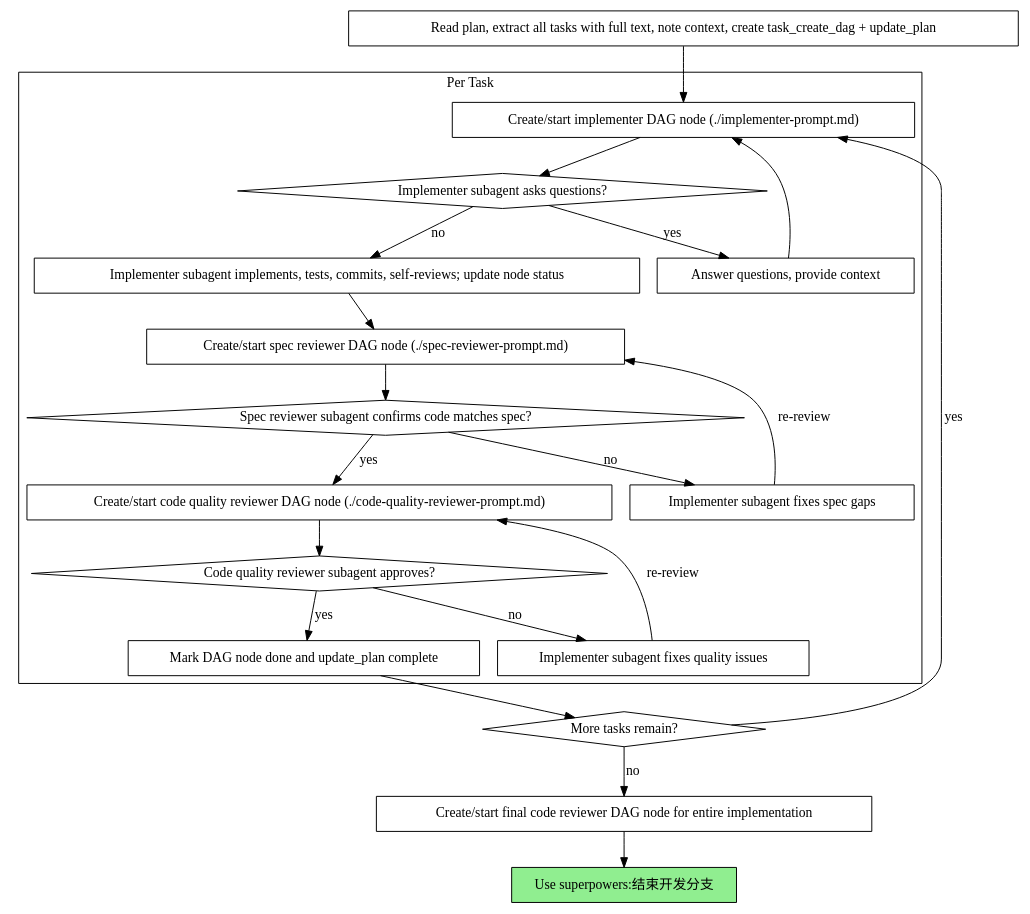
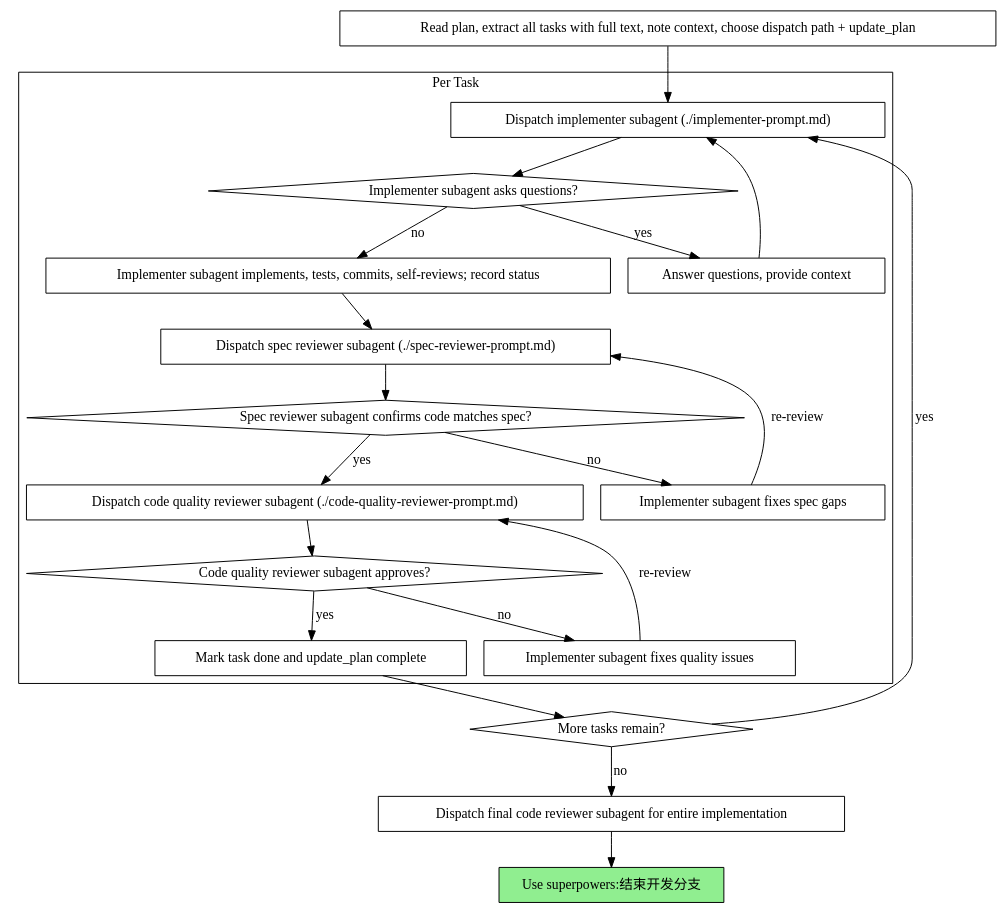
Before and after one commit to lihah111222333-cloud/Super-Dolphin-Agent-Cockpit: the second of 2 diagrams in .agent/skills/子代理驱动开发/SKILL.md, drawn with Graphviz. The commit also changed other lines of this file and 53 other files, not shown here.

````diff
--- a/.agent/skills/子代理驱动开发/SKILL.md
+++ b/.agent/skills/子代理驱动开发/SKILL.md
@@ -45,44 +45,44 @@
 ```dot
 digraph process {
     rankdir=TB;
 
     subgraph cluster_per_task {
         label="Per Task";
-        "Create/start implementer DAG node (./implementer-prompt.md)" [shape=box];
+        "Dispatch implementer subagent (./implementer-prompt.md)" [shape=box];
         "Implementer subagent asks questions?" [shape=diamond];
         "Answer questions, provide context" [shape=box];
-        "Implementer subagent implements, tests, commits, self-reviews; update node status" [shape=box];
-        "Create/start spec reviewer DAG node (./spec-reviewer-prompt.md)" [shape=box];
+        "Implementer subagent implements, tests, commits, self-reviews; record status" [shape=box];
+        "Dispatch spec reviewer subagent (./spec-reviewer-prompt.md)" [shape=box];
         "Spec reviewer subagent confirms code matches spec?" [shape=diamond];
         "Implementer subagent fixes spec gaps" [shape=box];
-        "Create/start code quality reviewer DAG node (./code-quality-reviewer-prompt.md)" [shape=box];
+        "Dispatch code quality reviewer subagent (./code-quality-reviewer-prompt.md)" [shape=box];
         "Code quality reviewer subagent approves?" [shape=diamond];
         "Implementer subagent fixes quality issues" [shape=box];
-        "Mark DAG node done and update_plan complete" [shape=box];
+        "Mark task done and update_plan complete" [shape=box];
     }
 
-    "Read plan, extract all tasks with full text, note context, create task_create_dag + update_plan" [shape=box];
+    "Read plan, extract all tasks with full text, note context, choose dispatch path + update_plan" [shape=box];
     "More tasks remain?" [shape=diamond];
-    "Create/start final code reviewer DAG node for entire implementation" [shape=box];
+    "Dispatch final code reviewer subagent for entire implementation" [shape=box];
     "Use superpowers:结束开发分支" [shape=box style=filled fillcolor=lightgreen];
 
-    "Read plan, extract all tasks with full text, note context, create task_create_dag + update_plan" -> "Create/start implementer DAG node (./implementer-prompt.md)";
-    "Create/start implementer DAG node (./implementer-prompt.md)" -> "Implementer subagent asks questions?";
+    "Read plan, extract all tasks with full text, note context, choose dispatch path + update_plan" -> "Dispatch implementer subagent (./implementer-prompt.md)";
+    "Dispatch implementer subagent (./implementer-prompt.md)" -> "Implementer subagent asks questions?";
     "Implementer subagent asks questions?" -> "Answer questions, provide context" [label="yes"];
-    "Answer questions, provide context" -> "Create/start implementer DAG node (./implementer-prompt.md)";
-    "Implementer subagent asks questions?" -> "Implementer subagent implements, tests, commits, self-reviews; update node status" [label="no"];
-    "Implementer subagent implements, tests, commits, self-reviews; update node status" -> "Create/start spec reviewer DAG node (./spec-reviewer-prompt.md)";
-    "Create/start spec reviewer DAG node (./spec-reviewer-prompt.md)" -> "Spec reviewer subagent confirms code matches spec?";
+    "Answer questions, provide context" -> "Dispatch implementer subagent (./implementer-prompt.md)";
+    "Implementer subagent asks questions?" -> "Implementer subagent implements, tests, commits, self-reviews; record status" [label="no"];
+    "Implementer subagent implements, tests, commits, self-reviews; record status" -> "Dispatch spec reviewer subagent (./spec-reviewer-prompt.md)";
+    "Dispatch spec reviewer subagent (./spec-reviewer-prompt.md)" -> "Spec reviewer subagent confirms code matches spec?";
     "Spec reviewer subagent confirms code matches spec?" -> "Implementer subagent fixes spec gaps" [label="no"];
-    "Implementer subagent fixes spec gaps" -> "Create/start spec reviewer DAG node (./spec-reviewer-prompt.md)" [label="re-review"];
-    "Spec reviewer subagent confirms code matches spec?" -> "Create/start code quality reviewer DAG node (./code-quality-reviewer-prompt.md)" [label="yes"];
-    "Create/start code quality reviewer DAG node (./code-quality-reviewer-prompt.md)" -> "Code quality reviewer subagent approves?";
+    "Implementer subagent fixes spec gaps" -> "Dispatch spec reviewer subagent (./spec-reviewer-prompt.md)" [label="re-review"];
+    "Spec reviewer subagent confirms code matches spec?" -> "Dispatch code quality reviewer subagent (./code-quality-reviewer-prompt.md)" [label="yes"];
+    "Dispatch code quality reviewer subagent (./code-quality-reviewer-prompt.md)" -> "Code quality reviewer subagent approves?";
     "Code quality reviewer subagent approves?" -> "Implementer subagent fixes quality issues" [label="no"];
-    "Implementer subagent fixes quality issues" -> "Create/start code quality reviewer DAG node (./code-quality-reviewer-prompt.md)" [label="re-review"];
-    "Code quality reviewer subagent approves?" -> "Mark DAG node done and update_plan complete" [label="yes"];
-    "Mark DAG node done and update_plan complete" -> "More tasks remain?";
-    "More tasks remain?" -> "Create/start implementer DAG node (./implementer-prompt.md)" [label="yes"];
-    "More tasks remain?" -> "Create/start final code reviewer DAG node for entire implementation" [label="no"];
-    "Create/start final code reviewer DAG node for entire implementation" -> "Use superpowers:结束开发分支";
+    "Implementer subagent fixes quality issues" -> "Dispatch code quality reviewer subagent (./code-quality-reviewer-prompt.md)" [label="re-review"];
+    "Code quality reviewer subagent approves?" -> "Mark task done and update_plan complete" [label="yes"];
+    "Mark task done and update_plan complete" -> "More tasks remain?";
+    "More tasks remain?" -> "Dispatch implementer subagent (./implementer-prompt.md)" [label="yes"];
+    "More tasks remain?" -> "Dispatch final code reviewer subagent for entire implementation" [label="no"];
+    "Dispatch final code reviewer subagent for entire implementation" -> "Use superpowers:结束开发分支";
 }
 ```
````
